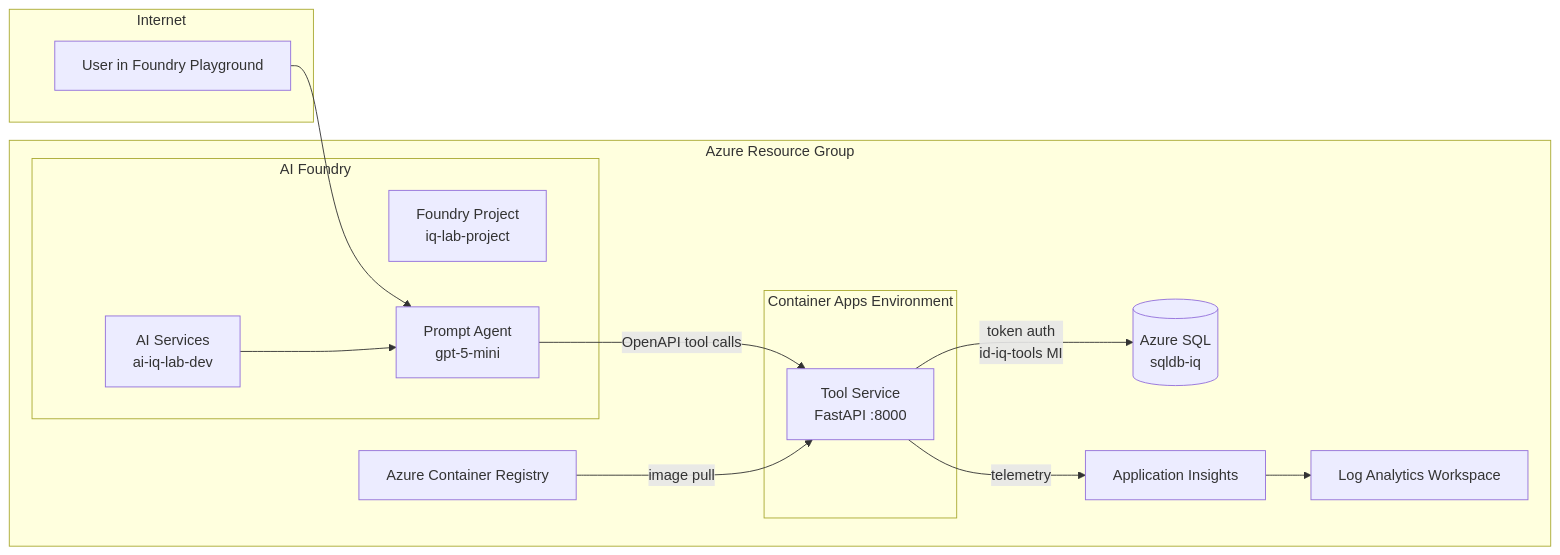
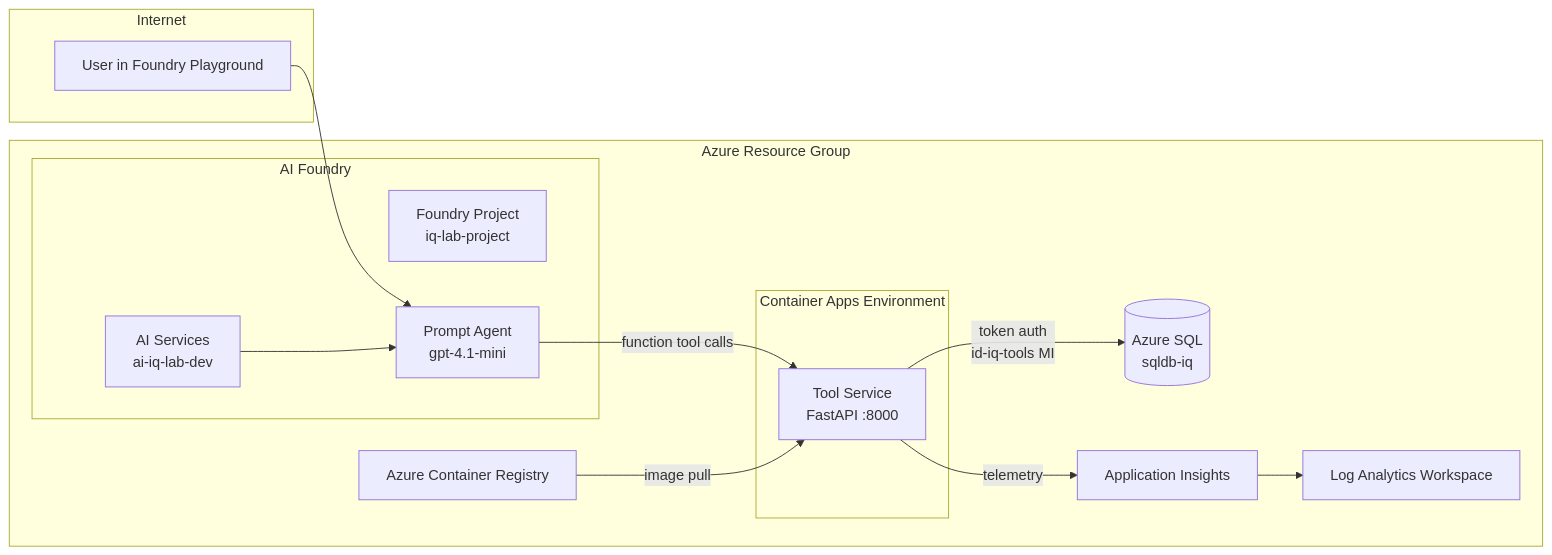
Before and after one commit to aionic/IQ-Workshop: the first of 3 diagrams in docs/architecture.md, drawn with Mermaid. The commit also changed other lines of this file and 14 other files, not shown here.

First line of the commit message:
refactor: Agent Framework v2 SDK + gpt-4.1-mini model switch

````diff
--- a/docs/architecture.md
+++ b/docs/architecture.md
@@ -30,29 +30,29 @@
 ```mermaid
 flowchart LR
   subgraph Internet
     U[User in Foundry Playground]
   end
 
   subgraph Azure["Azure Resource Group"]
     subgraph Foundry["AI Foundry"]
       AIS[AI Services<br/>ai-iq-lab-dev]
       PROJ[Foundry Project<br/>iq-lab-project]
-      PA[Prompt Agent<br/>gpt-5-mini]
+      PA[Prompt Agent<br/>gpt-4.1-mini]
     end
     subgraph CAE["Container Apps Environment"]
       CA[Tool Service<br/>FastAPI :8000]
     end
     SQL[(Azure SQL<br/>sqldb-iq)]
     ACR[Azure Container Registry]
     AI[Application Insights]
     LA[Log Analytics Workspace]
   end
 
   U --> PA
   AIS --> PA
-  PA -->|OpenAPI tool calls| CA
+  PA -->|function tool calls| CA
   CA -->|token auth<br/>id-iq-tools MI| SQL
   CA -->|telemetry| AI
   AI --> LA
   ACR -->|image pull| CA
 ```
````
